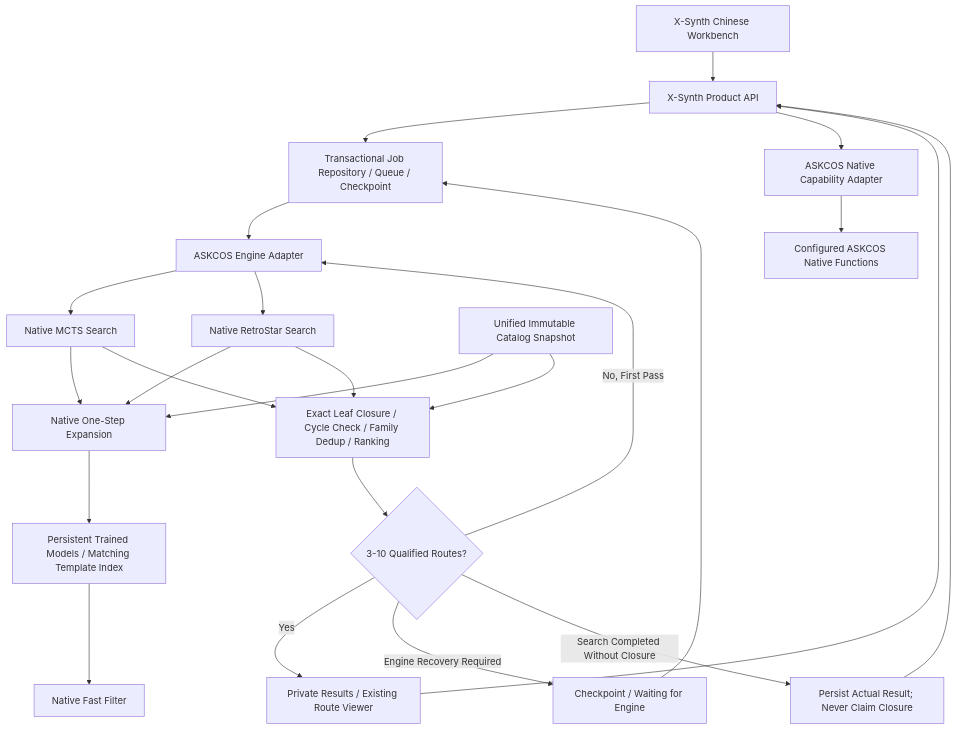
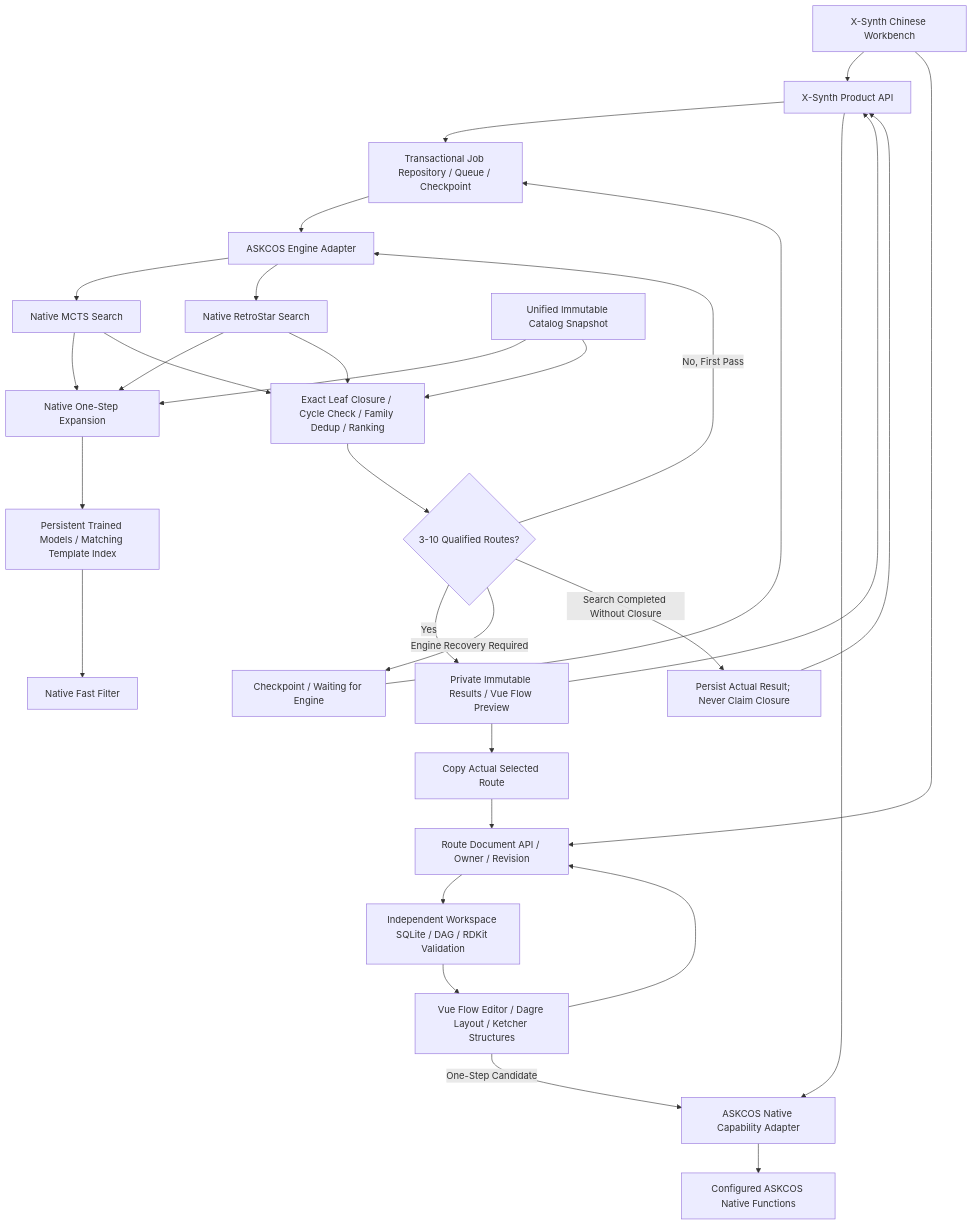
The diagram in docs/current-architecture.md (Victor-Xu-1/X-Synth), drawn with Mermaid before and after one commit. The commit also changed other lines of this file and 137 other files, not shown here.

Commit message:
refactor: unify Chinese workspace and route document editing (#2)

````diff
--- a/docs/current-architecture.md
+++ b/docs/current-architecture.md
@@ -11,26 +11,33 @@
 ```mermaid
 flowchart TD
   UI["X-Synth Chinese Workbench"] --> API["X-Synth Product API"]
   API --> JOB["Transactional Job Repository / Queue / Checkpoint"]
   API --> NATIVE["ASKCOS Native Capability Adapter"]
   JOB --> ENGINE["ASKCOS Engine Adapter"]
   ENGINE --> MCTS["Native MCTS Search"]
   ENGINE --> RS["Native RetroStar Search"]
   MCTS --> EXPAND["Native One-Step Expansion"]
   RS --> EXPAND
   EXPAND --> MODELS["Persistent Trained Models / Matching Template Index"]
   MODELS --> FF["Native Fast Filter"]
   STOCK["Unified Immutable Catalog Snapshot"] --> EXPAND
   STOCK --> REVIEW["Exact Leaf Closure / Cycle Check / Family Dedup / Ranking"]
   MCTS --> REVIEW
   RS --> REVIEW
   REVIEW --> GATE{"3-10 Qualified Routes?"}
-  GATE -- "Yes" --> RESULT["Private Results / Existing Route Viewer"]
+  GATE -- "Yes" --> RESULT["Private Immutable Results / Vue Flow Preview"]
   GATE -- "No, First Pass" --> ENGINE
   GATE -- "Engine Recovery Required" --> WAIT["Checkpoint / Waiting for Engine"]
   WAIT --> JOB
   GATE -- "Search Completed Without Closure" --> INCOMPLETE["Persist Actual Result; Never Claim Closure"]
   RESULT --> API
   INCOMPLETE --> API
   NATIVE --> CAP["Configured ASKCOS Native Functions"]
+  UI --> DOCAPI["Route Document API / Owner / Revision"]
+  RESULT --> COPY["Copy Actual Selected Route"]
+  COPY --> DOCAPI
+  DOCAPI --> DOC["Independent Workspace SQLite / DAG / RDKit Validation"]
+  DOC --> EDIT["Vue Flow Editor / Dagre Layout / Ketcher Structures"]
+  EDIT --> DOCAPI
+  EDIT -- "One-Step Candidate" --> NATIVE
 ```
````
